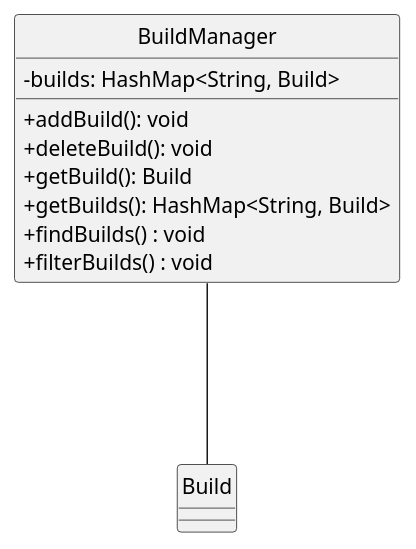
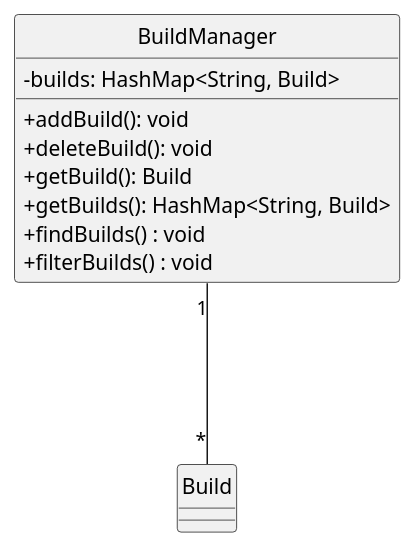
One commit to nus-cs2113-AY2223S1/tp changed the diagram in docs/puml/BuildManager.puml. Above: the diagram before and after it, drawn with PlantUML. The commit also changed 1 other file, not shown here.

```diff
--- a/docs/puml/BuildManager.puml
+++ b/docs/puml/BuildManager.puml
@@ -1,20 +1,19 @@
 @startuml
 hide circle
 
 skinparam classAttributeIconSize 0
 class BuildManager {
     -builds: HashMap<String, Build>
 
     +addBuild(): void
     +deleteBuild(): void
     +getBuild(): Build
     +getBuilds(): HashMap<String, Build>
     +findBuilds() : void
     +filterBuilds() : void
 }
 
 class Build {
 }
-
-BuildManager --- Build
+BuildManager "1"---"*" Build
 @enduml
```
